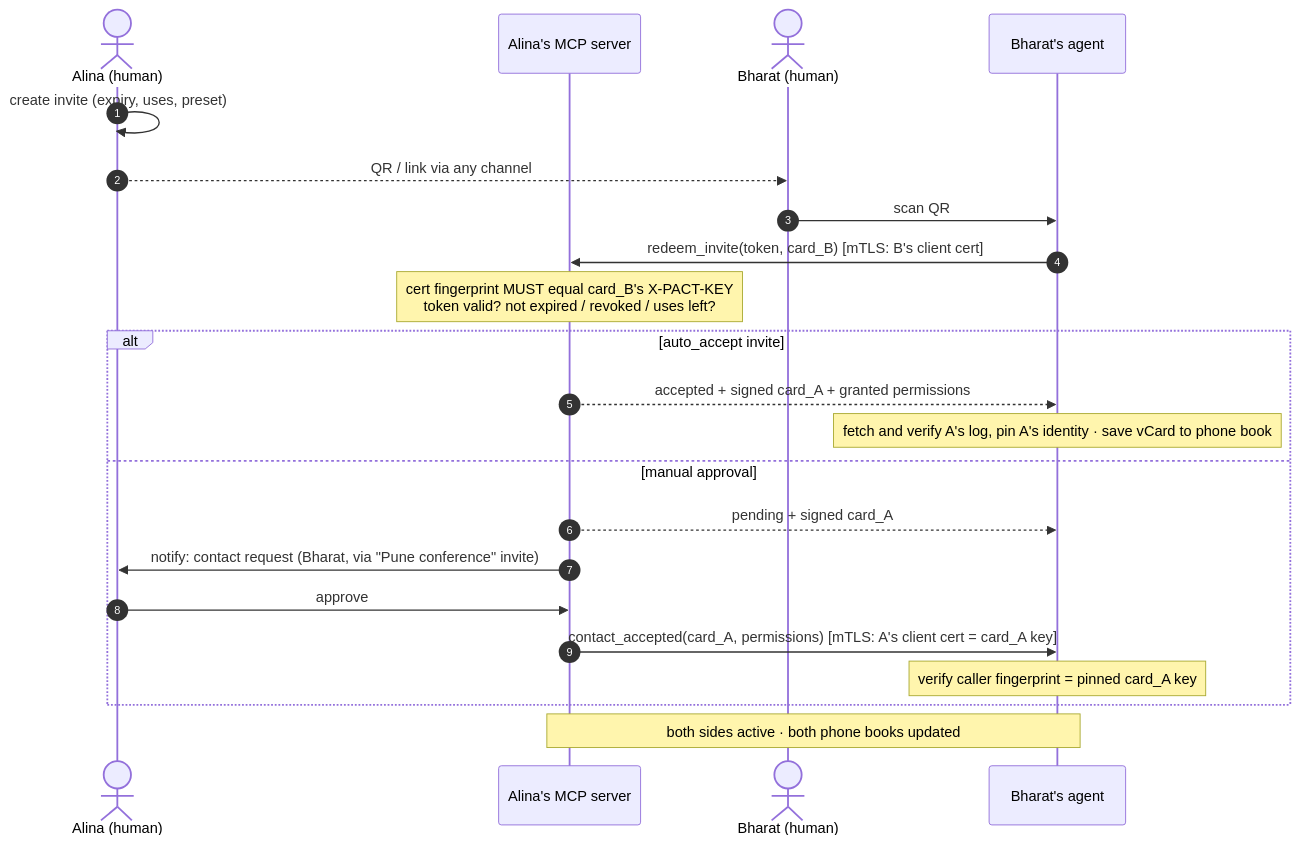
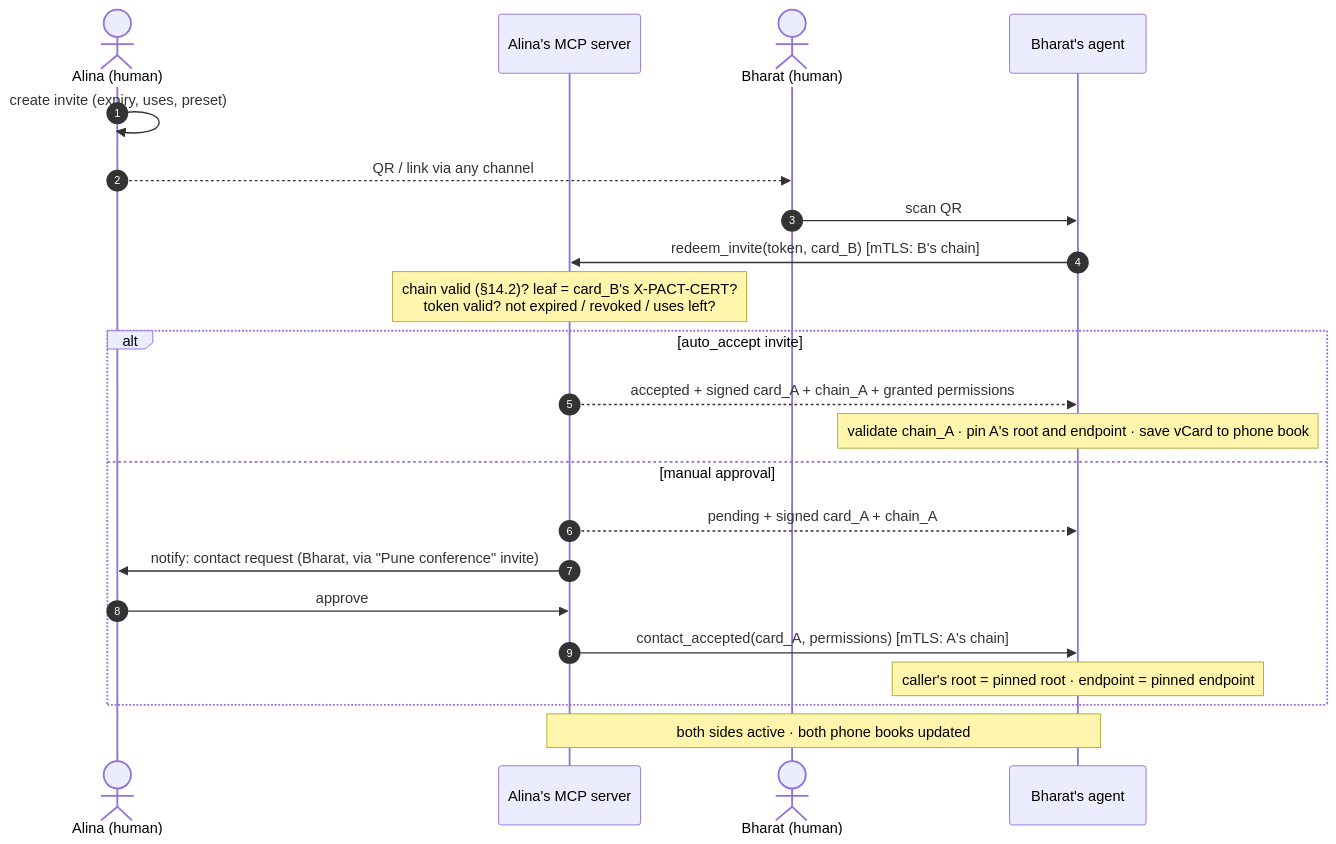
The third of 9 diagrams in SPEC.md (humandelegatedtrustprotocol/hdtp-spec), drawn with Mermaid before and after one commit. The commit also changed other lines of this file and 2 other files, not shown here.

````diff
--- a/SPEC.md
+++ b/SPEC.md
@@ -205,25 +196,25 @@
 ```mermaid
 sequenceDiagram
     autonumber
     actor A as Alina (human)
     participant AS as Alina's MCP server
     actor B as Bharat (human)
     participant BA as Bharat's agent
 
     A->>A: create invite (expiry, uses, preset)
     A-->>B: QR / link via any channel
     B->>BA: scan QR
-    BA->>AS: redeem_invite(token, card_B)  [mTLS: B's client cert]
-    Note over AS: cert fingerprint MUST equal card_B's X-PACT-KEY<br/>token valid? not expired / revoked / uses left?
+    BA->>AS: redeem_invite(token, card_B)  [mTLS: B's chain]
+    Note over AS: chain valid (§14.2)? leaf = card_B's X-PACT-CERT?<br/>token valid? not expired / revoked / uses left?
     alt auto_accept invite
-        AS-->>BA: accepted + signed card_A + granted permissions
-        Note over BA: fetch and verify A's log, pin A's identity · save vCard to phone book
+        AS-->>BA: accepted + signed card_A + chain_A + granted permissions
+        Note over BA: validate chain_A · pin A's root and endpoint · save vCard to phone book
     else manual approval
-        AS-->>BA: pending + signed card_A
+        AS-->>BA: pending + signed card_A + chain_A
         AS->>A: notify: contact request (Bharat, via "Pune conference" invite)
         A->>AS: approve
-        AS->>BA: contact_accepted(card_A, permissions)  [mTLS: A's client cert = card_A key]
-        Note over BA: verify caller fingerprint = pinned card_A key
+        AS->>BA: contact_accepted(card_A, permissions)  [mTLS: A's chain]
+        Note over BA: caller's root = pinned root · endpoint = pinned endpoint
     end
     Note over AS,BA: both sides active · both phone books updated
 ```
````
